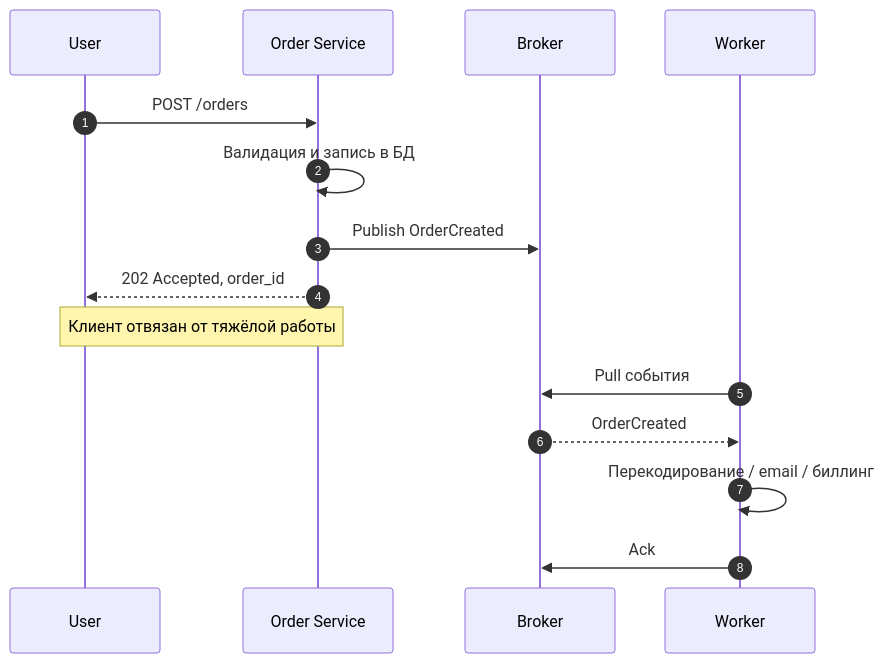
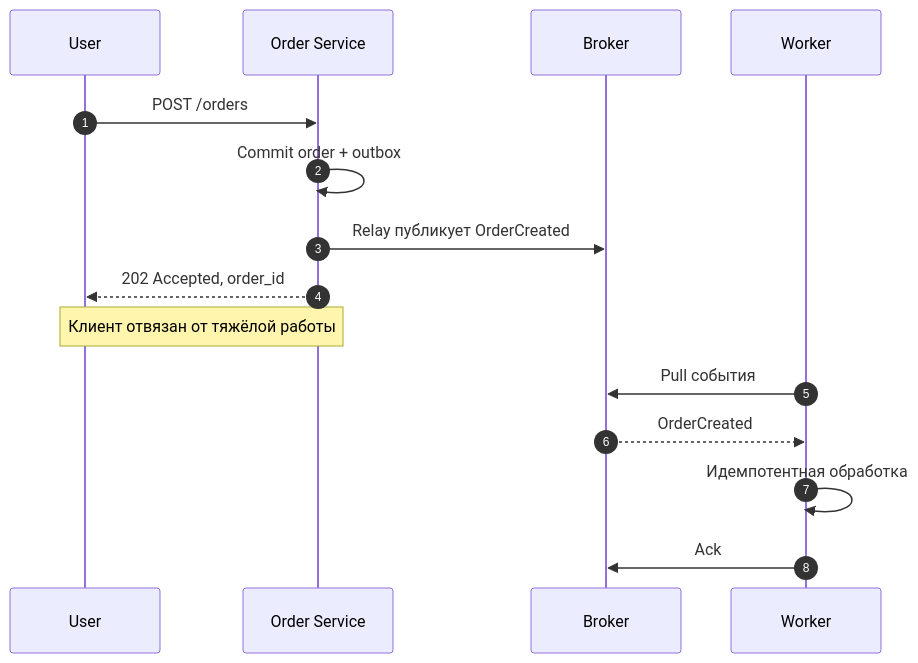
Before and after one commit to AlohaJava/system-design-interview-chamkin: the second of 3 diagrams in 04-cheatsheets/tradeoffs.md, drawn with Mermaid. The commit also changed other lines of this file and 49 other files, not shown here.

````diff
--- a/04-cheatsheets/tradeoffs.md
+++ b/04-cheatsheets/tradeoffs.md
@@ -246,17 +263,17 @@
 ```mermaid
 sequenceDiagram
     autonumber
     participant U as User
     participant API as Order Service
     participant Q as Broker
     participant W as Worker
     U->>API: POST /orders
-    API->>API: Валидация и запись в БД
-    API->>Q: Publish OrderCreated
+    API->>API: Commit order + outbox
+    API->>Q: Relay публикует OrderCreated
     API-->>U: 202 Accepted, order_id
     Note over U,API: Клиент отвязан от тяжёлой работы
     W->>Q: Pull события
     Q-->>W: OrderCreated
-    W->>W: Перекодирование / email / биллинг
+    W->>W: Идемпотентная обработка
     W->>Q: Ack
 ```
````
